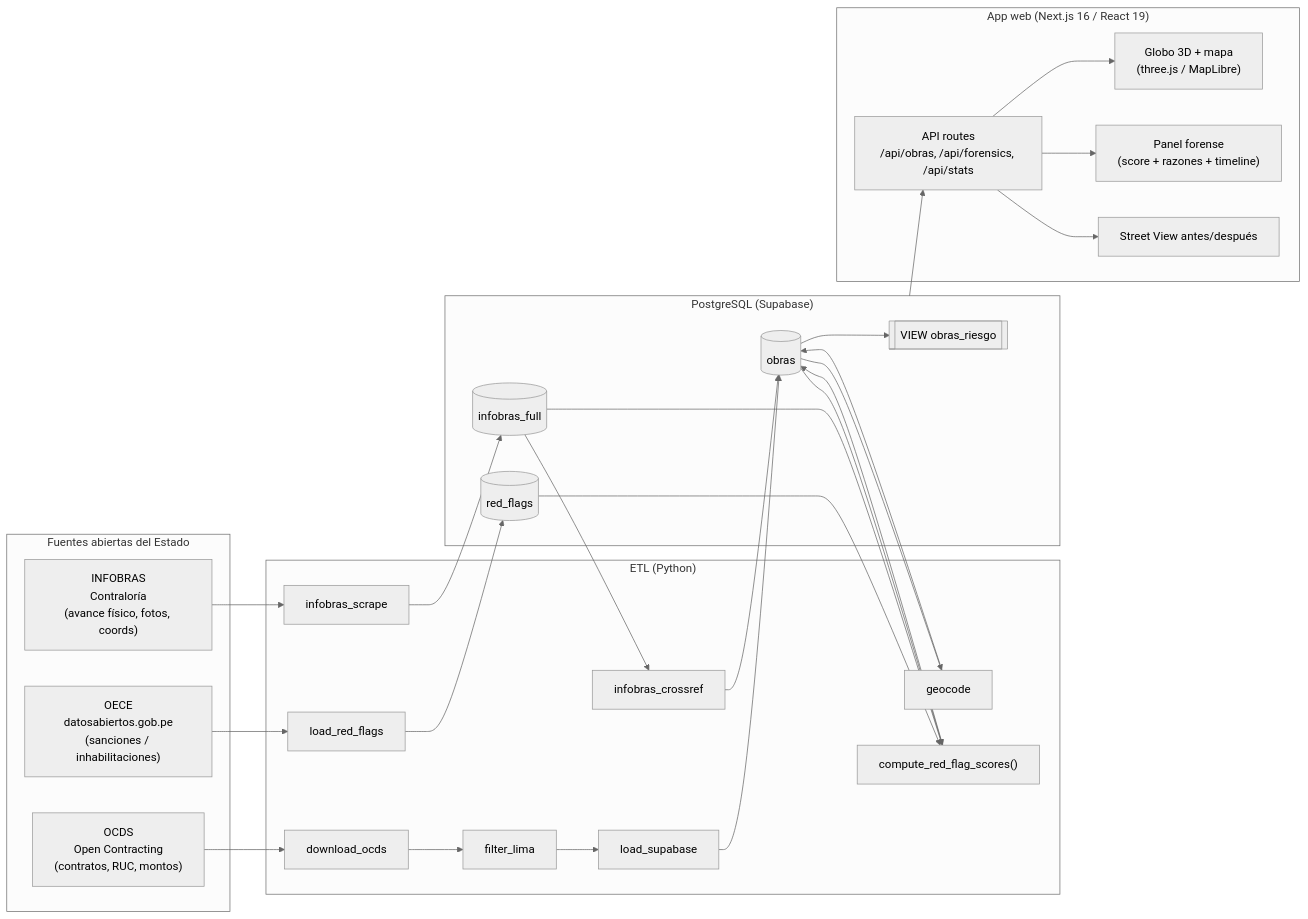
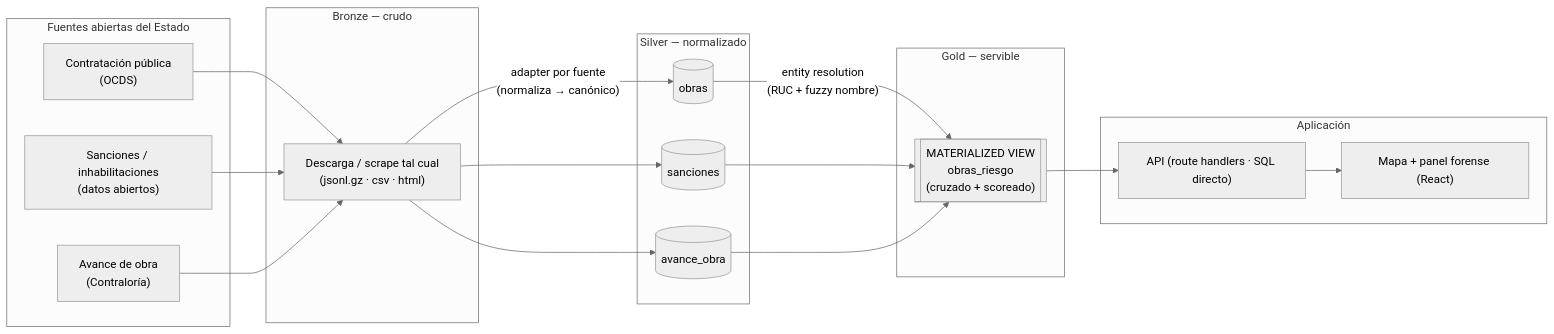
One commit to victorgalvez56/dsc-pucp-vibecoding-2026-hack changed the first of 4 diagrams in docs/architecture.md. Above: the diagram before and after it, drawn with Mermaid (neutral theme). The commit also changed other lines of this file and 24 other files, not shown here.

````diff
--- a/docs/architecture.md
+++ b/docs/architecture.md
@@ -10,47 +29,38 @@
 ```mermaid
 flowchart LR
     subgraph Fuentes["Fuentes abiertas del Estado"]
-        OCDS["OCDS\nOpen Contracting\n(contratos, RUC, montos)"]
-        OECE["OECE\ndatosabiertos.gob.pe\n(sanciones / inhabilitaciones)"]
-        INFOBRAS["INFOBRAS\nContraloría\n(avance físico, fotos, coords)"]
+        F1["Contratación pública\n(OCDS)"]
+        F2["Sanciones / inhabilitaciones\n(datos abiertos)"]
+        F3["Avance de obra\n(Contraloría)"]
     end
 
-    subgraph ETL["ETL (Python)"]
-        DL["download_ocds"]
-        FILTER["filter_lima"]
-        LOAD["load_supabase"]
-        FLAGS["load_red_flags"]
-        GEO["geocode"]
-        SCRAPE["infobras_scrape"]
-        XREF["infobras_crossref"]
-        SCORE["compute_red_flag_scores()"]
+    subgraph Bronze["Bronze — crudo"]
+        B["Descarga / scrape tal cual\n(jsonl.gz · csv · html)"]
     end
 
-    subgraph DB["PostgreSQL (Supabase)"]
-        T_OBRAS[("obras")]
-        T_FLAGS[("red_flags")]
-        T_INFO[("infobras_full")]
-        V_RIESGO[["VIEW obras_riesgo"]]
+    subgraph Silver["Silver — normalizado"]
+        S1[("obras")]
+        S2[("sanciones")]
+        S3[("avance_obra")]
     end
 
-    subgraph Web["App web (Next.js 16 / React 19)"]
-        API["API routes\n/api/obras, /api/forensics, /api/stats"]
-        GLOBE["Globo 3D + mapa\n(three.js / MapLibre)"]
-        FORENSE["Panel forense\n(score + razones + timeline)"]
-        STREET["Street View antes/después"]
+    subgraph Gold["Gold — servible"]
+        G[["MATERIALIZED VIEW\nobras_riesgo\n(cruzado + scoreado)"]]
     end
 
-    OCDS --> DL --> FILTER --> LOAD --> T_OBRAS
-    OECE --> FLAGS --> T_FLAGS
-    INFOBRAS --> SCRAPE --> T_INFO
-    T_OBRAS --> GEO --> T_OBRAS
-    T_INFO --> XREF --> T_OBRAS
-    T_FLAGS --> SCORE
-    T_INFO --> SCORE
-    T_OBRAS --> SCORE --> T_OBRAS
-    T_OBRAS --> V_RIESGO
+    subgraph App["Aplicación"]
+        API["API (route handlers · SQL directo)"]
+        UI["Mapa + panel forense (React)"]
+    end
 
-    DB --> API --> GLOBE
-    API --> FORENSE
-    API --> STREET
+    F1 --> B
+    F2 --> B
+    F3 --> B
+    B -->|"adapter por fuente\n(normaliza → canónico)"| S1
+    B --> S2
+    B --> S3
+    S1 -->|"entity resolution\n(RUC + fuzzy nombre)"| G
+    S2 --> G
+    S3 --> G
+    G --> API --> UI
 ```
````
